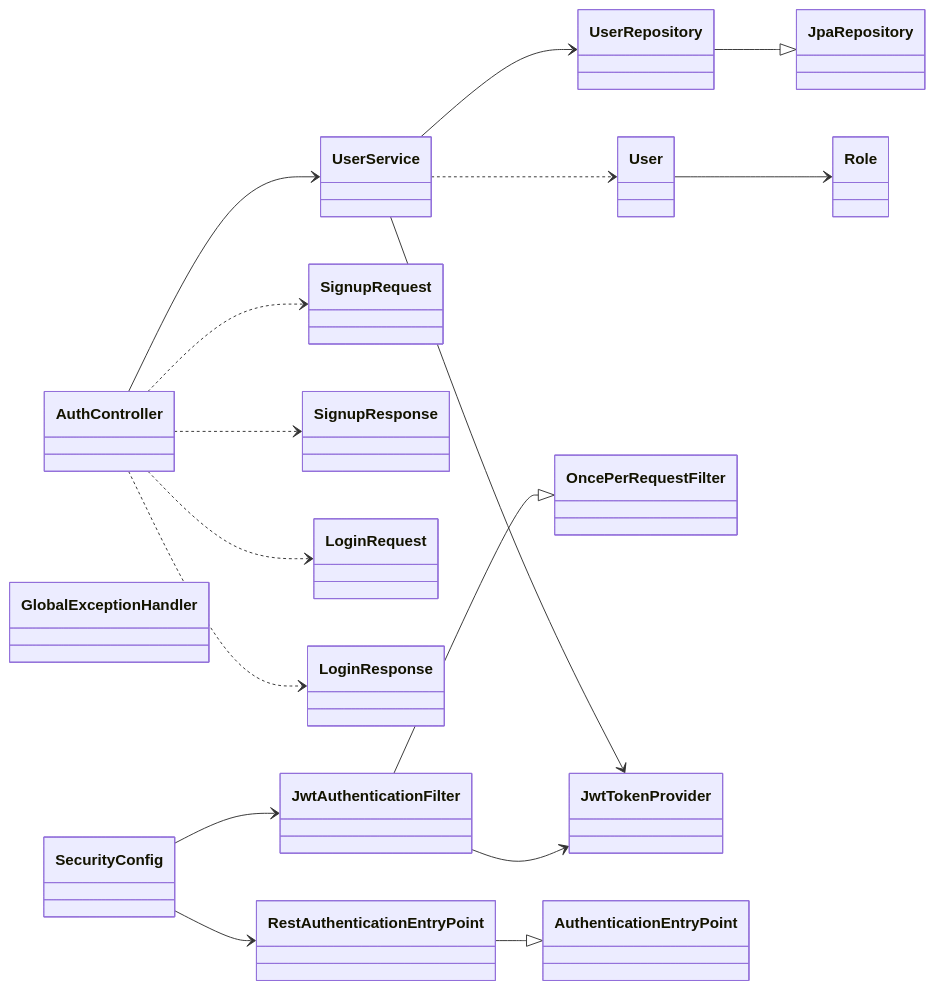
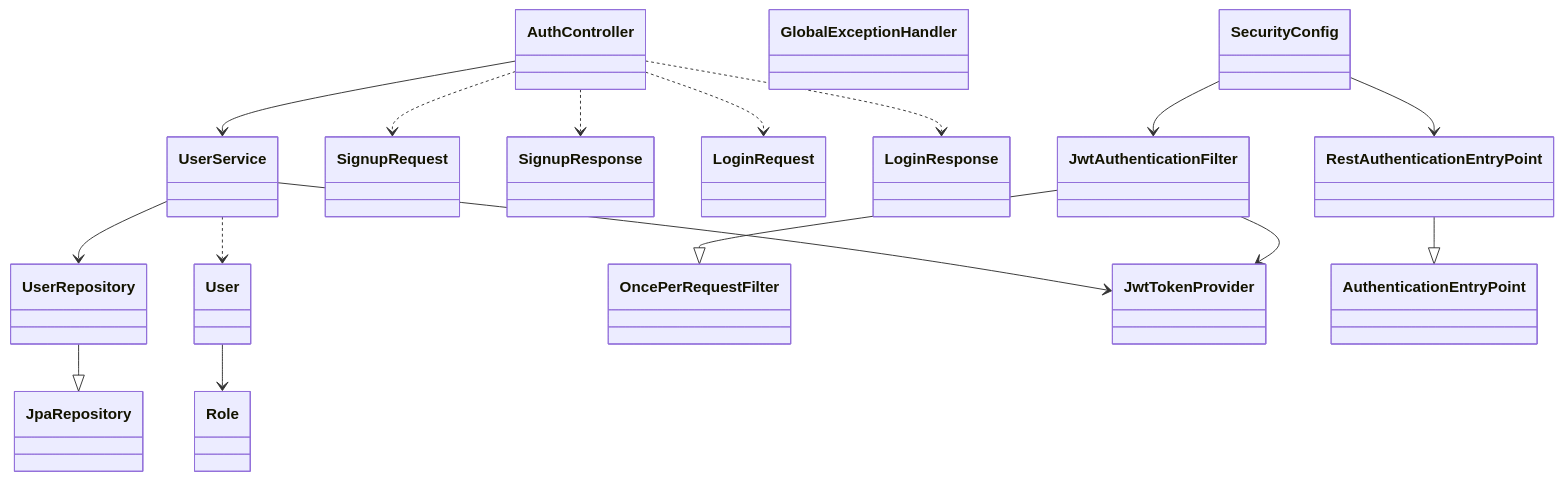
The second of 5 diagrams in docs/class-diagram.md (Zero-Bug-Freinds/ai-api-usage-monitor), drawn with Mermaid before and after one commit. The commit also changed other lines of this file and 1 other file, not shown here.

````diff
--- a/docs/class-diagram.md
+++ b/docs/class-diagram.md
@@ -136,38 +136,38 @@
 ```mermaid
 classDiagram
-direction LR
+direction TB
 
 class AuthController
 class GlobalExceptionHandler
 class UserService
 class UserRepository
 class JpaRepository
 class User
 class Role
 class SignupRequest
 class SignupResponse
 class LoginRequest
 class LoginResponse
 class SecurityConfig
 class JwtAuthenticationFilter
 class OncePerRequestFilter
 class JwtTokenProvider
 class RestAuthenticationEntryPoint
 class AuthenticationEntryPoint
 
 AuthController --> UserService
 AuthController ..> SignupRequest
 AuthController ..> SignupResponse
 AuthController ..> LoginRequest
 AuthController ..> LoginResponse
 UserService --> UserRepository
 UserService --> JwtTokenProvider
 UserService ..> User
 UserRepository --|> JpaRepository
 User --> Role
 JwtAuthenticationFilter --|> OncePerRequestFilter
 JwtAuthenticationFilter --> JwtTokenProvider
 RestAuthenticationEntryPoint --|> AuthenticationEntryPoint
 SecurityConfig --> JwtAuthenticationFilter
 SecurityConfig --> RestAuthenticationEntryPoint
 ```
````
